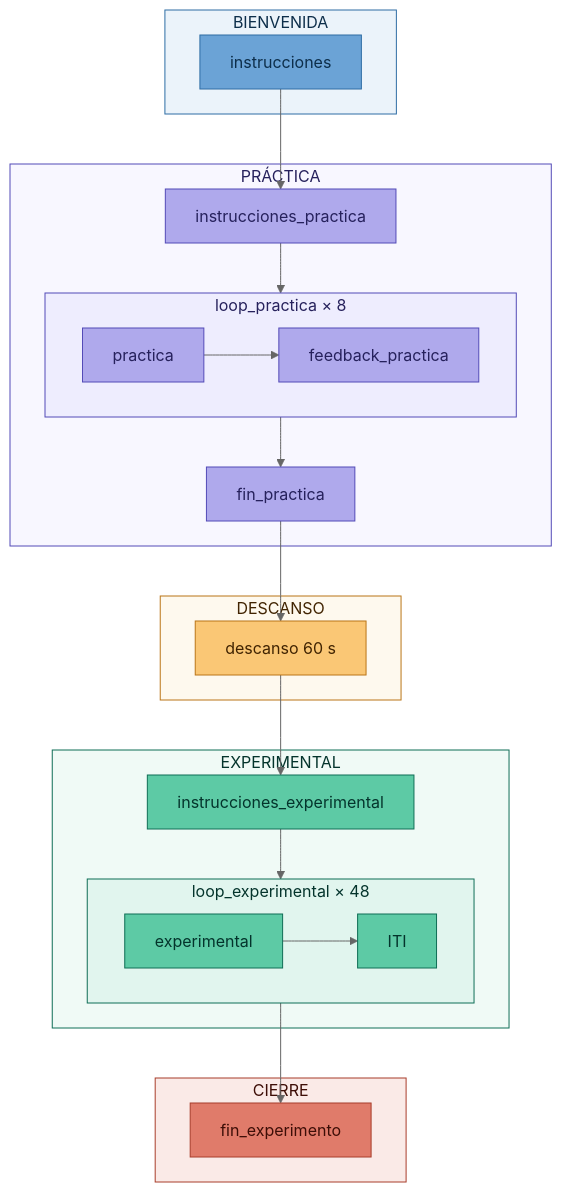
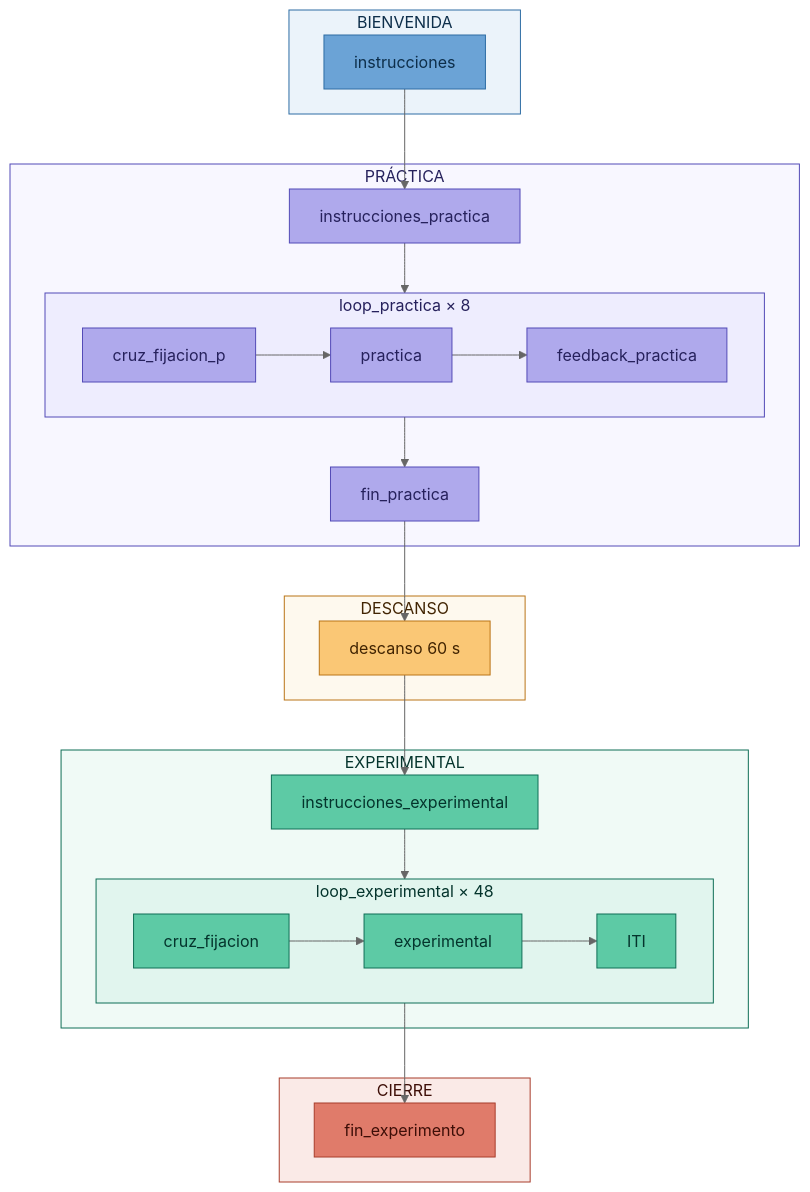
Before and after one commit to mlandaf/taller_2_atencion: the diagram in readme.md, drawn with Mermaid (neutral theme). The commit also changed other lines of this file and 5 other files, not shown here.

Commit message:
agregar figuras de secuencia y cruz de fijación al diagrama de flujo

````diff
--- a/readme.md
+++ b/readme.md
@@ -74,50 +82,52 @@
 ```mermaid
 flowchart TD
     subgraph SB[BIENVENIDA]
         A[instrucciones]
     end
     subgraph SP[PRÁCTICA]
         B[instrucciones_practica]
         B --> LP
         subgraph LP[loop_practica × 8]
-            P[practica] --> FP[feedback_practica]
+            CP[cruz_fijacion_p] --> P[practica] --> FP[feedback_practica]
         end
         LP --> C[fin_practica]
     end
     subgraph SD[DESCANSO]
         D[descanso 60 s]
     end
     subgraph SE[EXPERIMENTAL]
         E[instrucciones_experimental]
         E --> LE
         subgraph LE[loop_experimental × 48]
-            EX[experimental] --> ITI[ITI]
+            CE[cruz_fijacion] --> EX[experimental] --> ITI[ITI]
         end
     end
     subgraph SC[CIERRE]
         F[fin_experimento]
     end
 
     A --> B
     C --> D
     D --> E
     LE --> F
 
     style A  fill:#6BA3D6,stroke:#2E6DA4,color:#0D2E4A
     style F  fill:#E07B6A,stroke:#A83D2B,color:#3D0E07
     style D  fill:#FAC775,stroke:#BA7517,color:#412402
     style B  fill:#AFA9EC,stroke:#534AB7,color:#26215C
     style C  fill:#AFA9EC,stroke:#534AB7,color:#26215C
     style LP fill:#EEEDFE,stroke:#534AB7,color:#26215C
+    style CP fill:#AFA9EC,stroke:#534AB7,color:#26215C
     style P  fill:#AFA9EC,stroke:#534AB7,color:#26215C
     style FP fill:#AFA9EC,stroke:#534AB7,color:#26215C
     style E  fill:#5DCAA5,stroke:#0F6E56,color:#04342C
     style LE fill:#E1F5EE,stroke:#0F6E56,color:#04342C
+    style CE fill:#5DCAA5,stroke:#0F6E56,color:#04342C
     style EX fill:#5DCAA5,stroke:#0F6E56,color:#04342C
     style ITI fill:#5DCAA5,stroke:#0F6E56,color:#04342C
     style SB fill:#EBF3FA,stroke:#2E6DA4,color:#0D2E4A
     style SP fill:#F8F7FF,stroke:#534AB7,color:#26215C
     style SD fill:#FEF9EE,stroke:#BA7517,color:#412402
     style SE fill:#F0FAF6,stroke:#0F6E56,color:#04342C
     style SC fill:#FAEAE7,stroke:#A83D2B,color:#3D0E07
 ```
````
